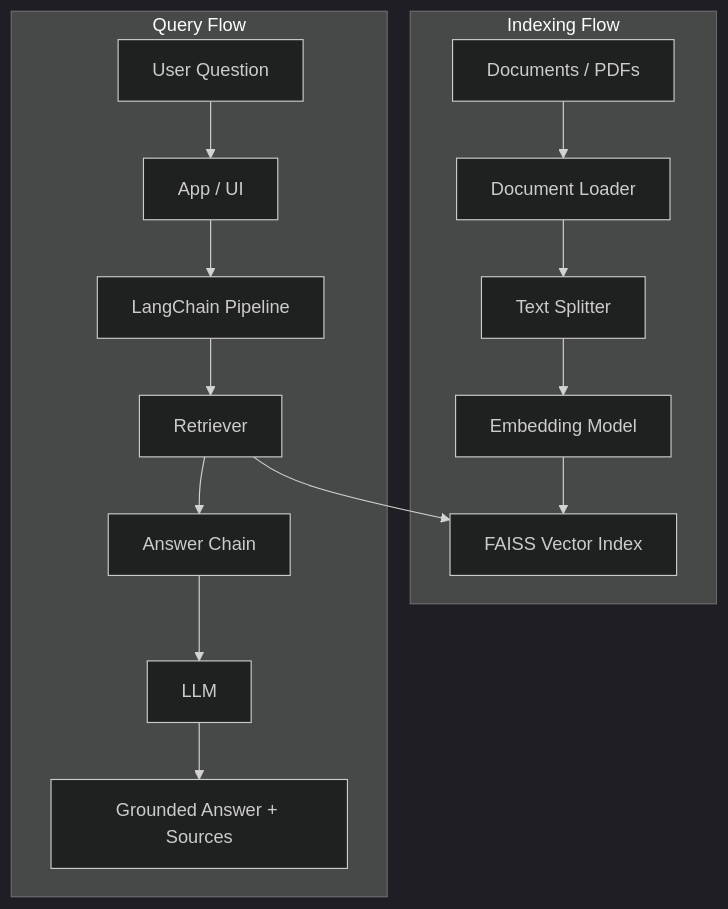
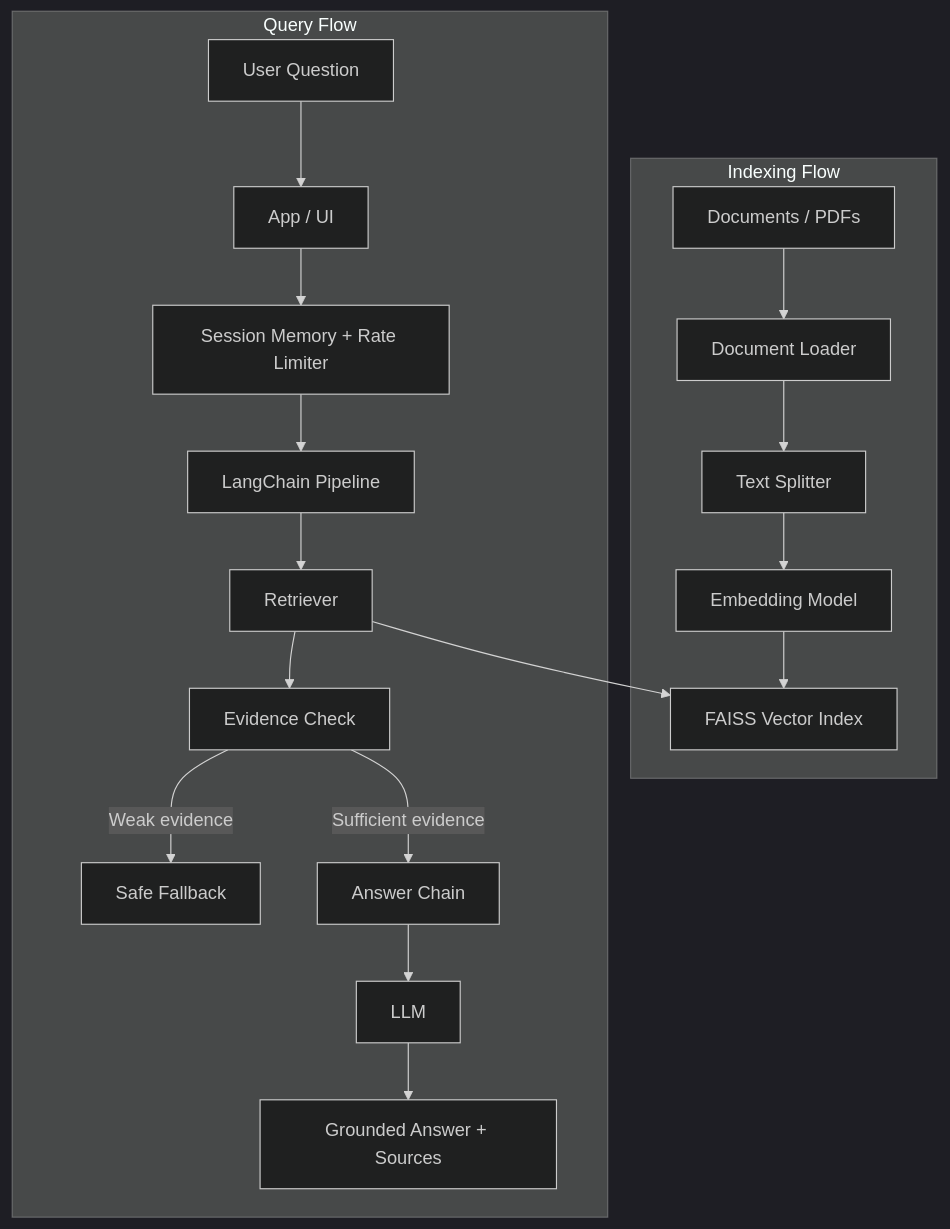
The diagram in docs/architecture/ARCHITECTURE.md (Alfpp1998/dmc-tp2-chatbot), drawn with Mermaid (dark theme) before and after one commit. The commit also changed other lines of this file and 13 other files, not shown here.

````diff
--- a/docs/architecture/ARCHITECTURE.md
+++ b/docs/architecture/ARCHITECTURE.md
@@ -9,19 +9,22 @@
 ```mermaid
 flowchart TD
     subgraph Indexing_Flow[Indexing Flow]
         A[Documents / PDFs] --> B[Document Loader]
         B --> C[Text Splitter]
         C --> D[Embedding Model]
         D --> E[FAISS Vector Index]
     end
 
     subgraph Query_Flow[Query Flow]
         F[User Question] --> G[App / UI]
-        G --> H[LangChain Pipeline]
-        H --> I[Retriever]
-        I --> E
-        I --> J[Answer Chain]
-        J --> K[LLM]
-        K --> L[Grounded Answer + Sources]
+        G --> H[Session Memory + Rate Limiter]
+        H --> I[LangChain Pipeline]
+        I --> J[Retriever]
+        J --> E
+        J --> K[Evidence Check]
+        K -->|Weak evidence| L[Safe Fallback]
+        K -->|Sufficient evidence| M[Answer Chain]
+        M --> N[LLM]
+        N --> O[Grounded Answer + Sources]
     end
 ```
````
